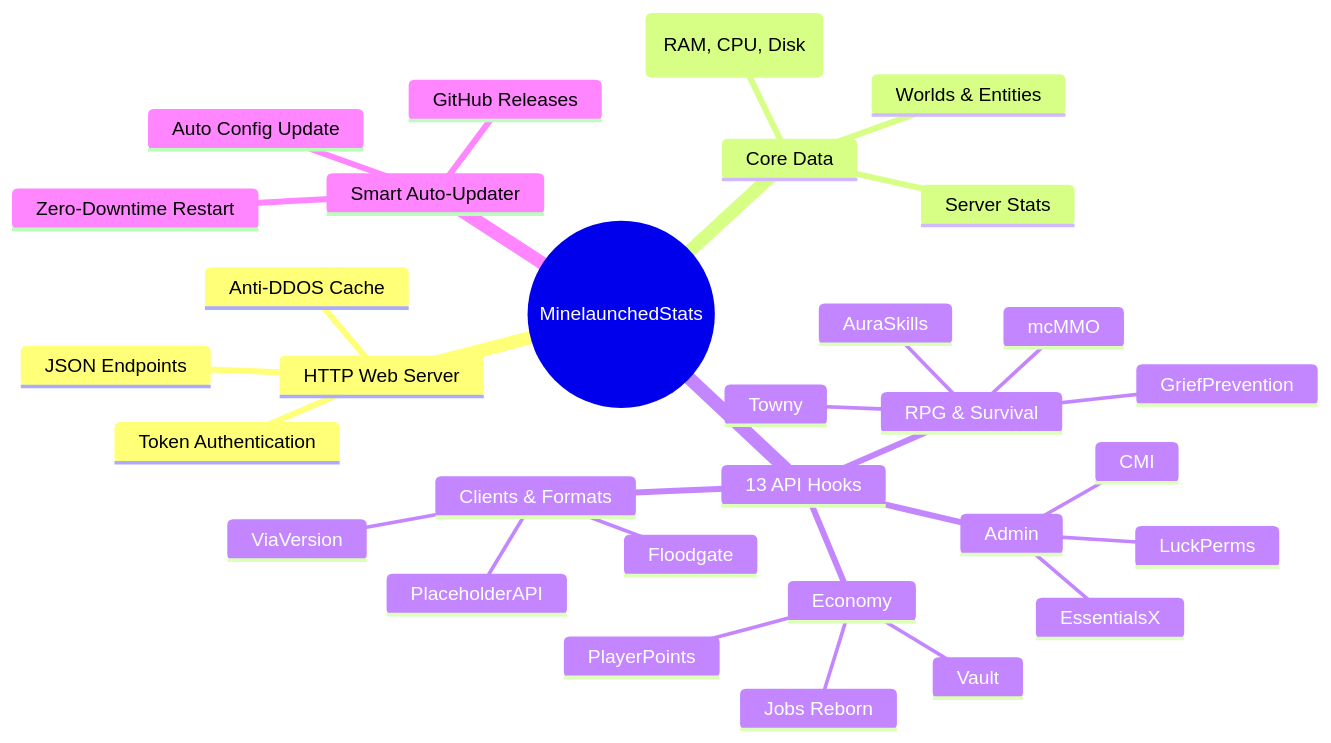
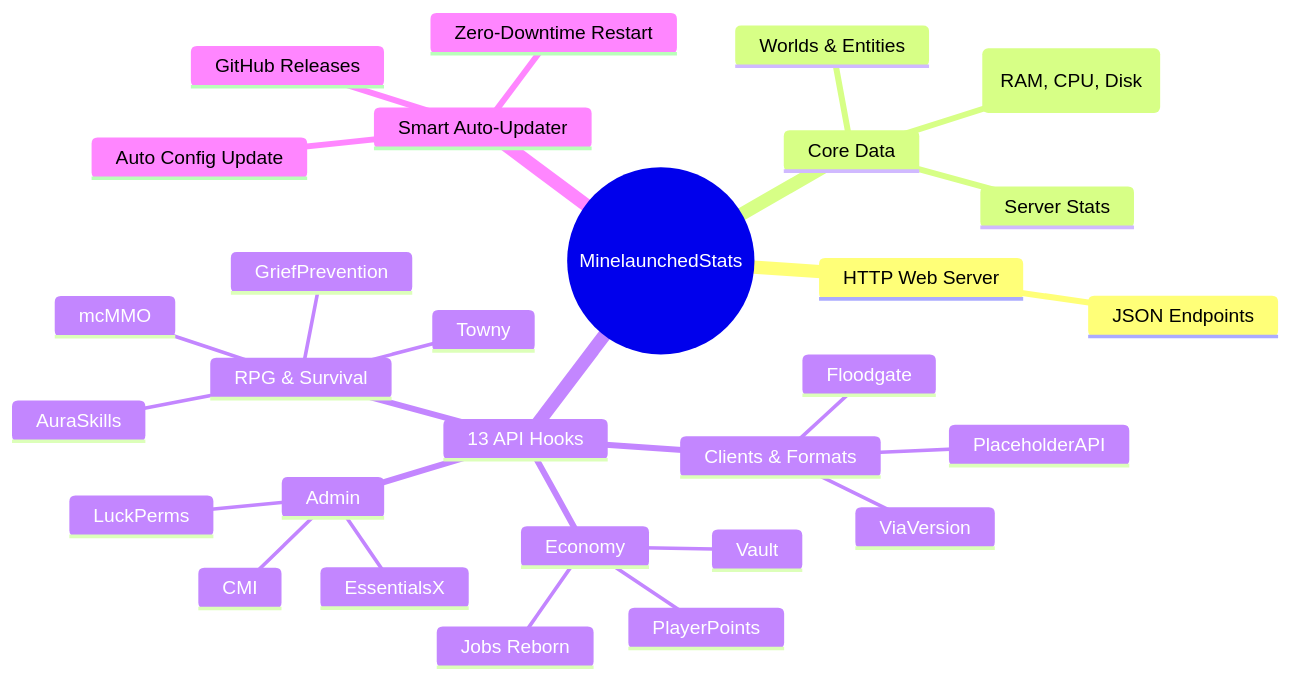
The diagram in README.md (Minelaunched/Minelaunched-Stats), drawn with Mermaid before and after one commit. The commit also changed other lines of this file, not shown here.

Commit message:
docs: Remove unimplemented features (Token Auth, Anti-DDOS) from README

````diff
--- a/README.md
+++ b/README.md
@@ -26,34 +24,32 @@
 ```mermaid
 mindmap
   root((MinelaunchedStats))
     HTTP Web Server
       JSON Endpoints
-      Token Authentication
-      Anti-DDOS Cache
     Core Data
       Server Stats
       Worlds & Entities
       System (RAM, CPU, Disk)
     13 API Hooks
       Economy
         Vault
         PlayerPoints
         Jobs Reborn
       Admin
         LuckPerms
         EssentialsX
         CMI
       RPG & Survival
         AuraSkills
         mcMMO
         Towny
         GriefPrevention
       Clients & Formats
         ViaVersion
         Floodgate
         PlaceholderAPI
     Smart Auto-Updater
       GitHub Releases
       Zero-Downtime Restart
       Auto Config Update
 ```
````
